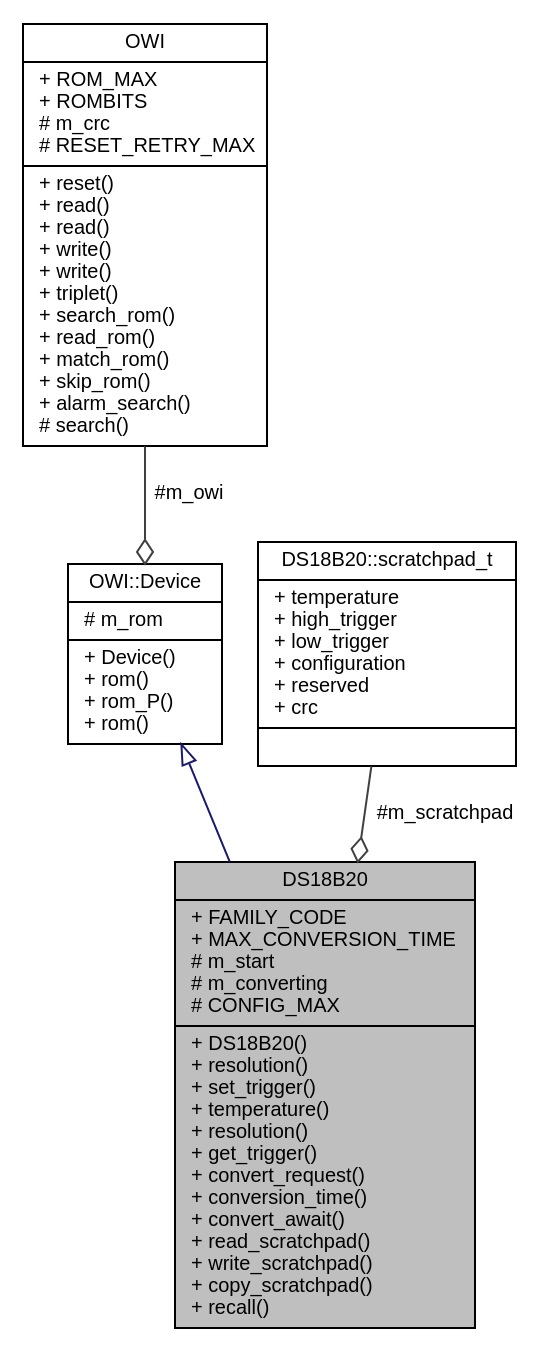
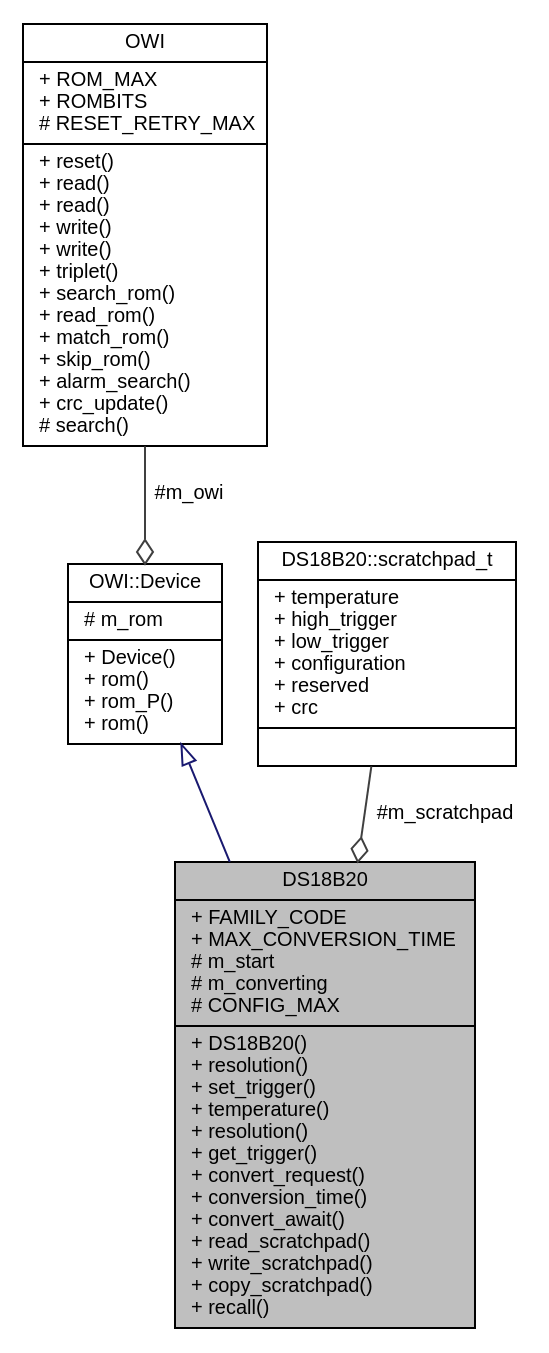
Before and after one commit to mikaelpatel/mikaelpatel.github.io: the diagram in Arduino-OWI/d4/d9e/classDS18B20__coll__graph.dot, drawn with Graphviz. The commit also changed 194 other files, not shown here.

```diff
--- a/Arduino-OWI/d4/d9e/classDS18B20__coll__graph.dot
+++ b/Arduino-OWI/d4/d9e/classDS18B20__coll__graph.dot
@@ -1,12 +1,12 @@
 digraph "DS18B20"
 {
   edge [fontname="Helvetica",fontsize="10",labelfontname="Helvetica",labelfontsize="10"];
   node [fontname="Helvetica",fontsize="10",shape=record];
   Node1 [label="{DS18B20\n|+ FAMILY_CODE\l+ MAX_CONVERSION_TIME\l# m_start\l# m_converting\l# CONFIG_MAX\l|+ DS18B20()\l+ resolution()\l+ set_trigger()\l+ temperature()\l+ resolution()\l+ get_trigger()\l+ convert_request()\l+ conversion_time()\l+ convert_await()\l+ read_scratchpad()\l+ write_scratchpad()\l+ copy_scratchpad()\l+ recall()\l}",height=0.2,width=0.4,color="black", fillcolor="grey75", style="filled", fontcolor="black"];
   Node2 -> Node1 [dir="back",color="midnightblue",fontsize="10",style="solid",arrowtail="onormal",fontname="Helvetica"];
   Node2 [label="{OWI::Device\n|# m_rom\l|+ Device()\l+ rom()\l+ rom_P()\l+ rom()\l}",height=0.2,width=0.4,color="black", fillcolor="white", style="filled",URL="$d0/d7f/classOWI_1_1Device.html"];
   Node3 -> Node2 [color="grey25",fontsize="10",style="solid",label=" #m_owi" ,arrowhead="odiamond",fontname="Helvetica"];
-  Node3 [label="{OWI\n|+ ROM_MAX\l+ ROMBITS\l# m_crc\l# RESET_RETRY_MAX\l|+ reset()\l+ read()\l+ read()\l+ write()\l+ write()\l+ triplet()\l+ search_rom()\l+ read_rom()\l+ match_rom()\l+ skip_rom()\l+ alarm_search()\l# search()\l}",height=0.2,width=0.4,color="black", fillcolor="white", style="filled",URL="$d7/d90/classOWI.html"];
+  Node3 [label="{OWI\n|+ ROM_MAX\l+ ROMBITS\l# RESET_RETRY_MAX\l|+ reset()\l+ read()\l+ read()\l+ write()\l+ write()\l+ triplet()\l+ search_rom()\l+ read_rom()\l+ match_rom()\l+ skip_rom()\l+ alarm_search()\l+ crc_update()\l# search()\l}",height=0.2,width=0.4,color="black", fillcolor="white", style="filled",URL="$d7/d90/classOWI.html"];
   Node4 -> Node1 [color="grey25",fontsize="10",style="solid",label=" #m_scratchpad" ,arrowhead="odiamond",fontname="Helvetica"];
   Node4 [label="{DS18B20::scratchpad_t\n|+ temperature\l+ high_trigger\l+ low_trigger\l+ configuration\l+ reserved\l+ crc\l|}",height=0.2,width=0.4,color="black", fillcolor="white", style="filled",URL="$d4/d1f/structDS18B20_1_1scratchpad__t.html"];
 }
```
